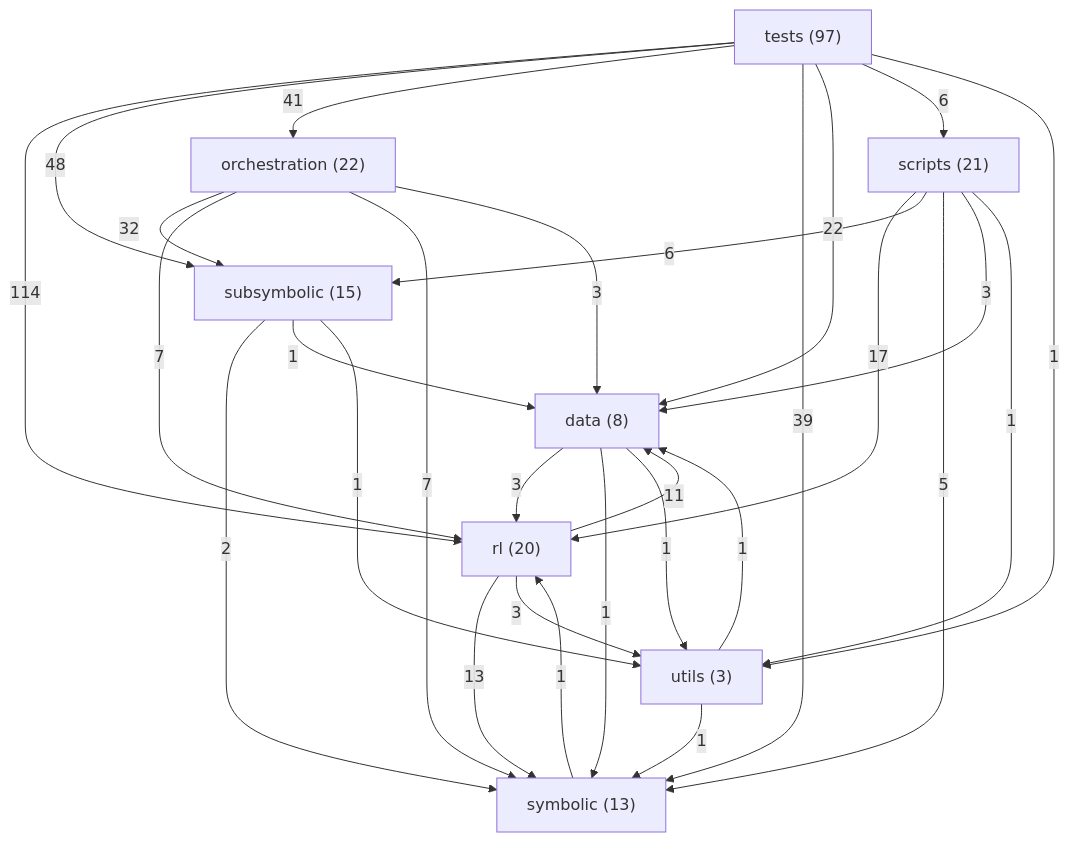
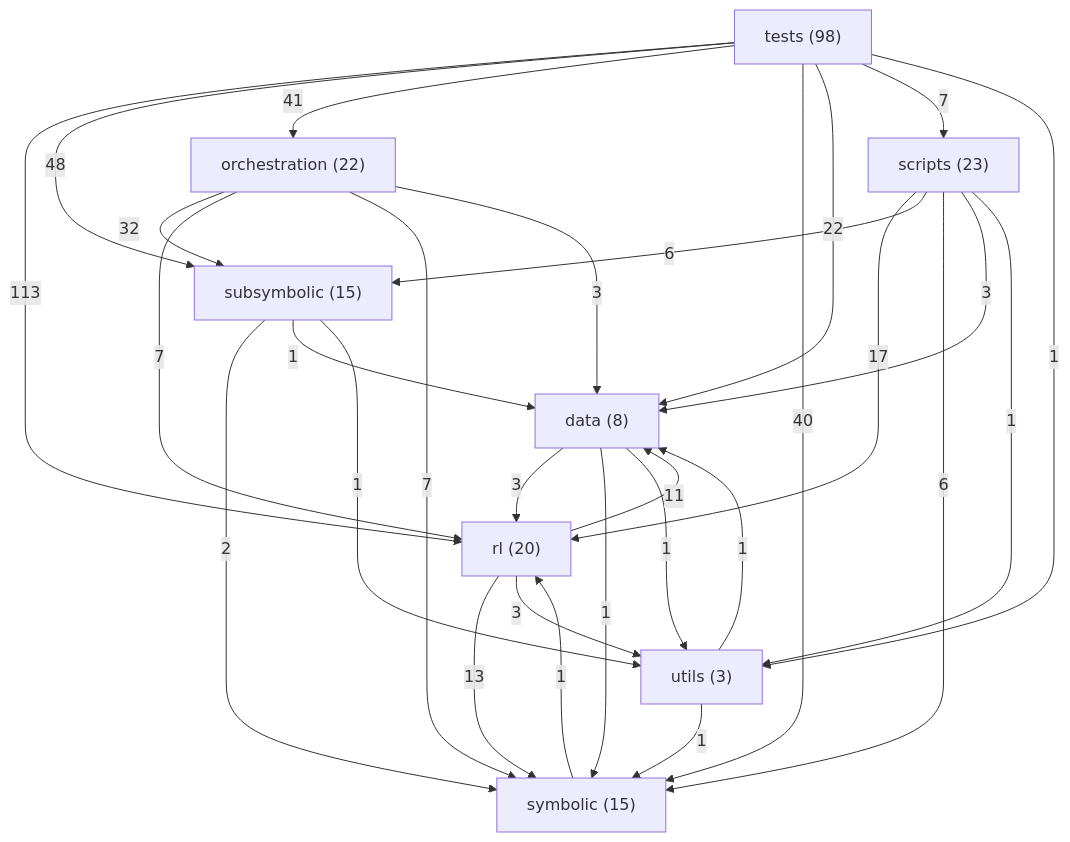
The diagram in ARCHITECTURE.md (danrd/ARC-AGI), drawn with Mermaid before and after one commit. The commit also changed other lines of this file and 11 other files, not shown here.

````diff
--- a/ARCHITECTURE.md
+++ b/ARCHITECTURE.md
@@ -211,39 +211,39 @@
 ```mermaid
 graph TD
   data["data (8)"]
   orchestration["orchestration (22)"]
   rl["rl (20)"]
-  scripts["scripts (21)"]
+  scripts["scripts (23)"]
   subsymbolic["subsymbolic (15)"]
-  symbolic["symbolic (13)"]
-  tests["tests (97)"]
+  symbolic["symbolic (15)"]
+  tests["tests (98)"]
   utils["utils (3)"]
-  tests -->|114| rl
+  tests -->|113| rl
   tests -->|48| subsymbolic
   tests -->|41| orchestration
-  tests -->|39| symbolic
+  tests -->|40| symbolic
   orchestration -->|32| subsymbolic
   tests -->|22| data
   scripts -->|17| rl
   rl -->|13| symbolic
   rl -->|11| data
   orchestration -->|7| rl
   orchestration -->|7| symbolic
+  tests -->|7| scripts
   scripts -->|6| subsymbolic
-  tests -->|6| scripts
-  scripts -->|5| symbolic
+  scripts -->|6| symbolic
   data -->|3| rl
   orchestration -->|3| data
   rl -->|3| utils
   scripts -->|3| data
   subsymbolic -->|2| symbolic
   data -->|1| symbolic
   data -->|1| utils
   scripts -->|1| utils
   subsymbolic -->|1| data
   subsymbolic -->|1| utils
   symbolic -->|1| rl
   tests -->|1| utils
   utils -->|1| data
   utils -->|1| symbolic
 ```
````
